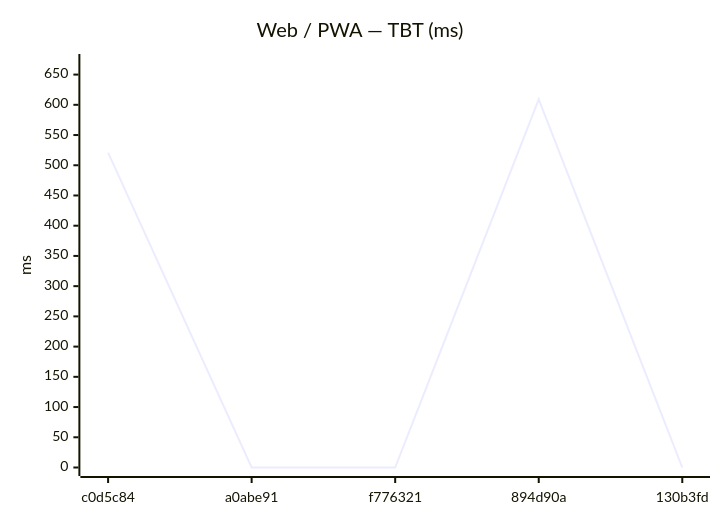
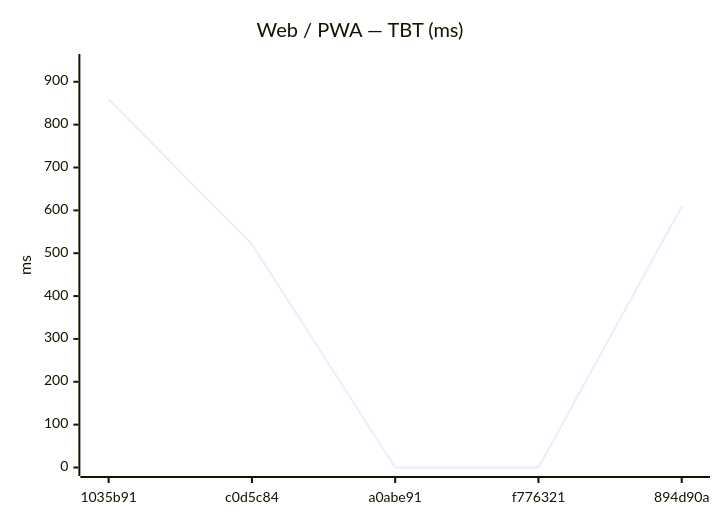
Before and after one commit to Metaheurist/Rianell: the eighth of 18 diagrams in benchmarks/compare.md, drawn with Mermaid. The commit also changed other lines of this file and 11 other files, not shown here.

````diff
--- a/benchmarks/compare.md
+++ b/benchmarks/compare.md
@@ -124,7 +124,7 @@
 ```mermaid
 xychart-beta
     title "Web / PWA — TBT (ms)"
-    x-axis ["c0d5c84", "a0abe91", "f776321", "894d90a", "130b3fd"]
-    y-axis "ms" 0 --> 670
-    line [521, 0, 0, 609, 0]
+    x-axis ["1035b91", "c0d5c84", "a0abe91", "f776321", "894d90a"]
+    y-axis "ms" 0 --> 945
+    line [859, 521, 0, 0, 609]
 ```
````
